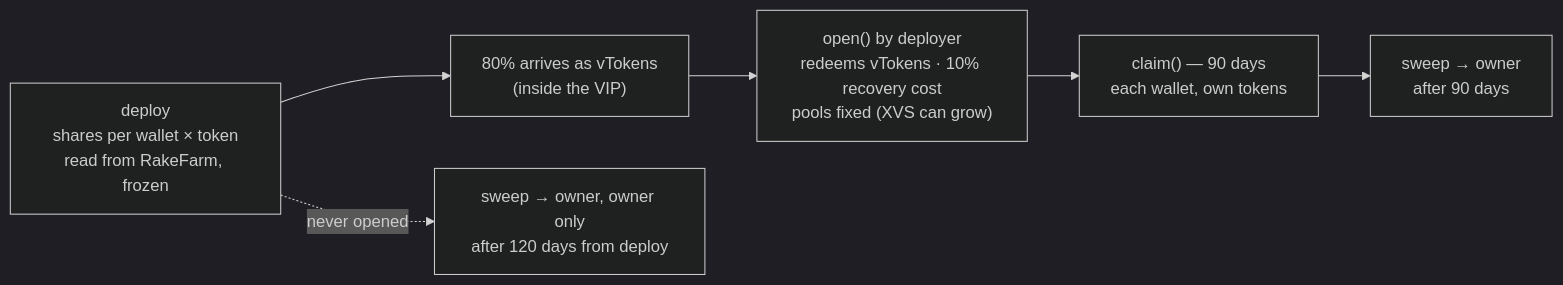
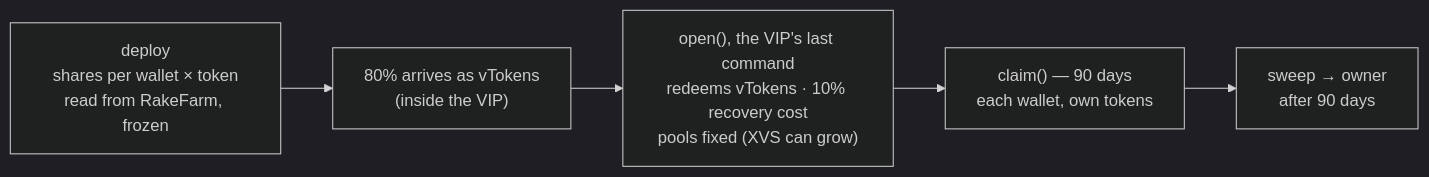
Before and after one commit to Lefgk/rake-venus-proposal-short: the fourth of 6 diagrams in APPENDIX.md, drawn with Mermaid (dark theme). The commit also changed other lines of this file and 9 other files, not shown here.

Commit message:
Claim window opens inside the VIP: only the Timelock calls open(), no 120-day sweep

````diff
--- a/APPENDIX.md
+++ b/APPENDIX.md
@@ -103,8 +103,7 @@
 ```mermaid
 flowchart LR
     D["deploy<br/>shares per wallet × token<br/>read from RakeFarm, frozen"] --> F["80% arrives as vTokens<br/>(inside the VIP)"]
-    F --> O["open() by deployer<br/>redeems vTokens · 10% recovery cost<br/>pools fixed (XVS can grow)"]
+    F --> O["open(), the VIP's last command<br/>redeems vTokens · 10% recovery cost<br/>pools fixed (XVS can grow)"]
     O --> C["claim() — 90 days<br/>each wallet, own tokens"]
     C --> S["sweep → owner<br/>after 90 days"]
-    D -. "never opened" .-> E["sweep → owner, owner only<br/>after 120 days from deploy"]
 ```
````
